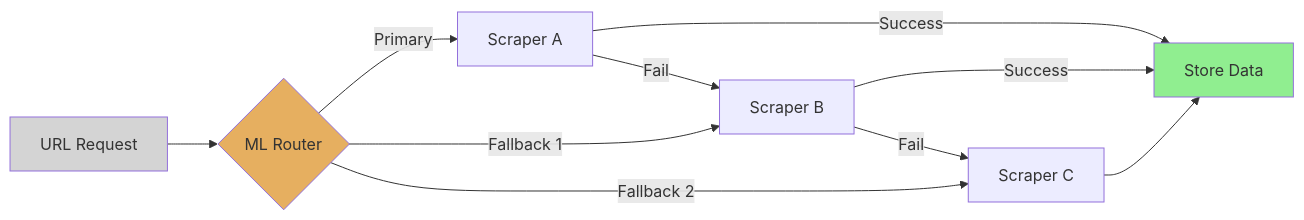
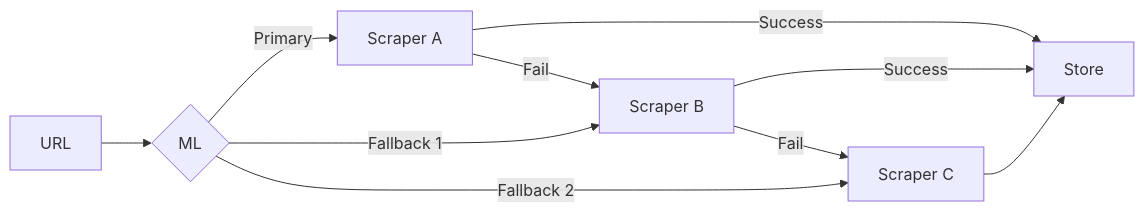
One commit to KomarovAI/n8n-scraper-docker changed the third of 7 diagrams in ARCHITECTURE.md. Above: the diagram before and after it, drawn with Mermaid. The commit also changed other lines of this file, not shown here.

First line of the commit message:
docs: ML-optimized architecture v3.0 - diagrams only, 85% reduction

````diff
--- a/ARCHITECTURE.md
+++ b/ARCHITECTURE.md
@@ -81,17 +64,12 @@
 ```mermaid
 graph LR
-    A[URL Request] --> B{ML Router}
+    A[URL] --> B{ML}
     B -->|Primary| C[Scraper A]
     B -->|Fallback 1| D[Scraper B]
     B -->|Fallback 2| E[Scraper C]
-    
-    C -->|Success| F[Store Data]
+    C -->|Success| F[Store]
     C -->|Fail| D
     D -->|Success| F
     D -->|Fail| E
     E --> F
-
-    style A fill:#d4d4d4
-    style B fill:#e6af60
-    style F fill:#90ee90
 ```
````
